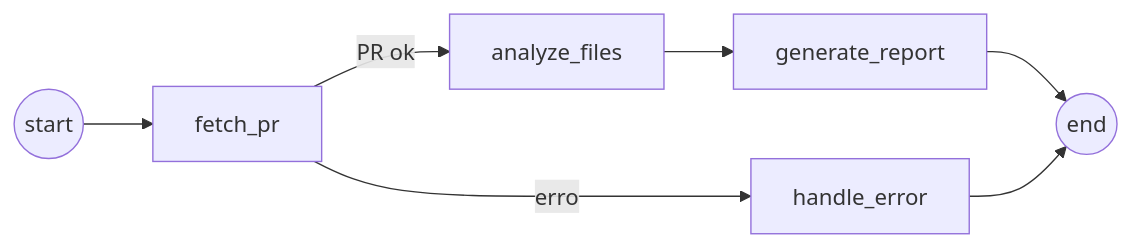
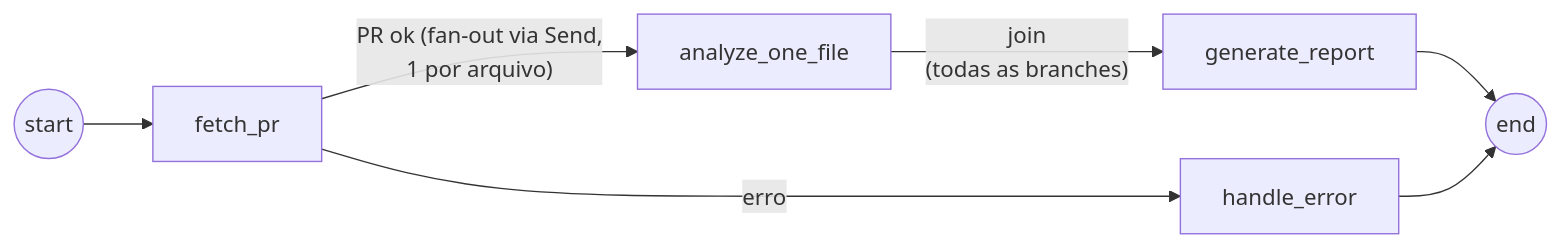
One commit to rebelloguilherme/pr-review-agent changed the diagram in README.md. Above: the diagram before and after it, drawn with Mermaid. The commit also changed other lines of this file and 8 other files, not shown here.

First line of the commit message:
feat: paralelizar análise de arquivos do PR via LangGraph Send + resiliência

````diff
--- a/README.md
+++ b/README.md
@@ -27,9 +34,9 @@
 ```mermaid
 flowchart LR
     START((start)) --> fetch_pr
-    fetch_pr -->|PR ok| analyze_files
     fetch_pr -->|erro| handle_error
-    analyze_files --> generate_report
+    fetch_pr -->|"PR ok (fan-out via Send,\n1 por arquivo)"| analyze_one_file
+    analyze_one_file -->|"join\n(todas as branches)"| generate_report
     generate_report --> END((end))
     handle_error --> END
 ```
````
